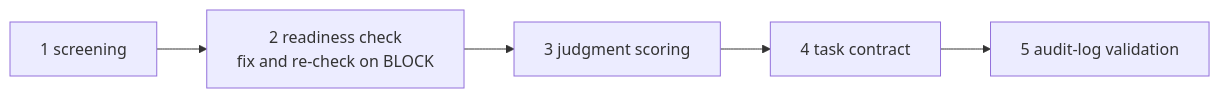
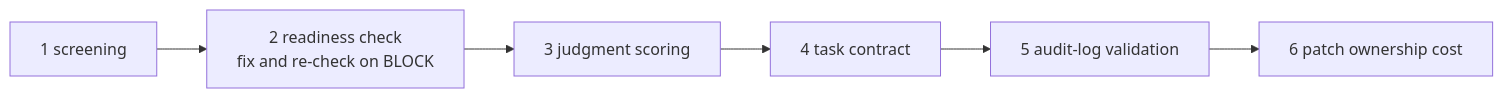
The diagram in README.md (suwa-sh/ai-delegation-readiness), drawn with Mermaid before and after one commit. The commit also changed other lines of this file and 35 other files, not shown here.

Commit message:
feat: add AI patch ownership-cost gate (v0.12.0)

````diff
--- a/README.md
+++ b/README.md
@@ -39,7 +40,8 @@
 ```mermaid
 flowchart LR
     s1["1 screening"] --> s2["2 readiness check<br/>fix and re-check on BLOCK"]
     s2 --> s3["3 judgment scoring"]
     s3 --> s4["4 task contract"]
     s4 --> s5["5 audit-log validation"]
+    s5 --> s6["6 patch ownership cost"]
 ```
````
